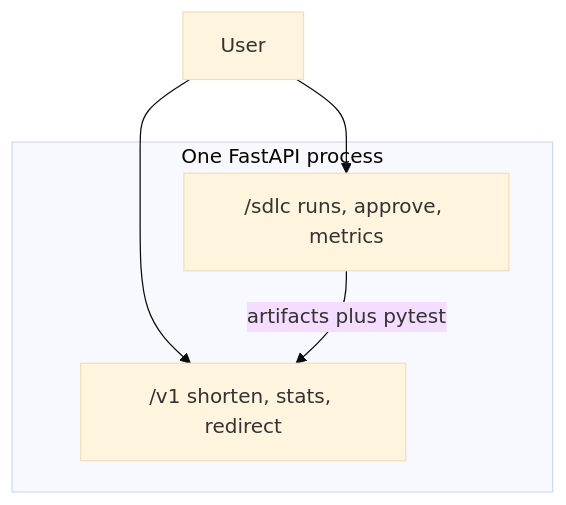
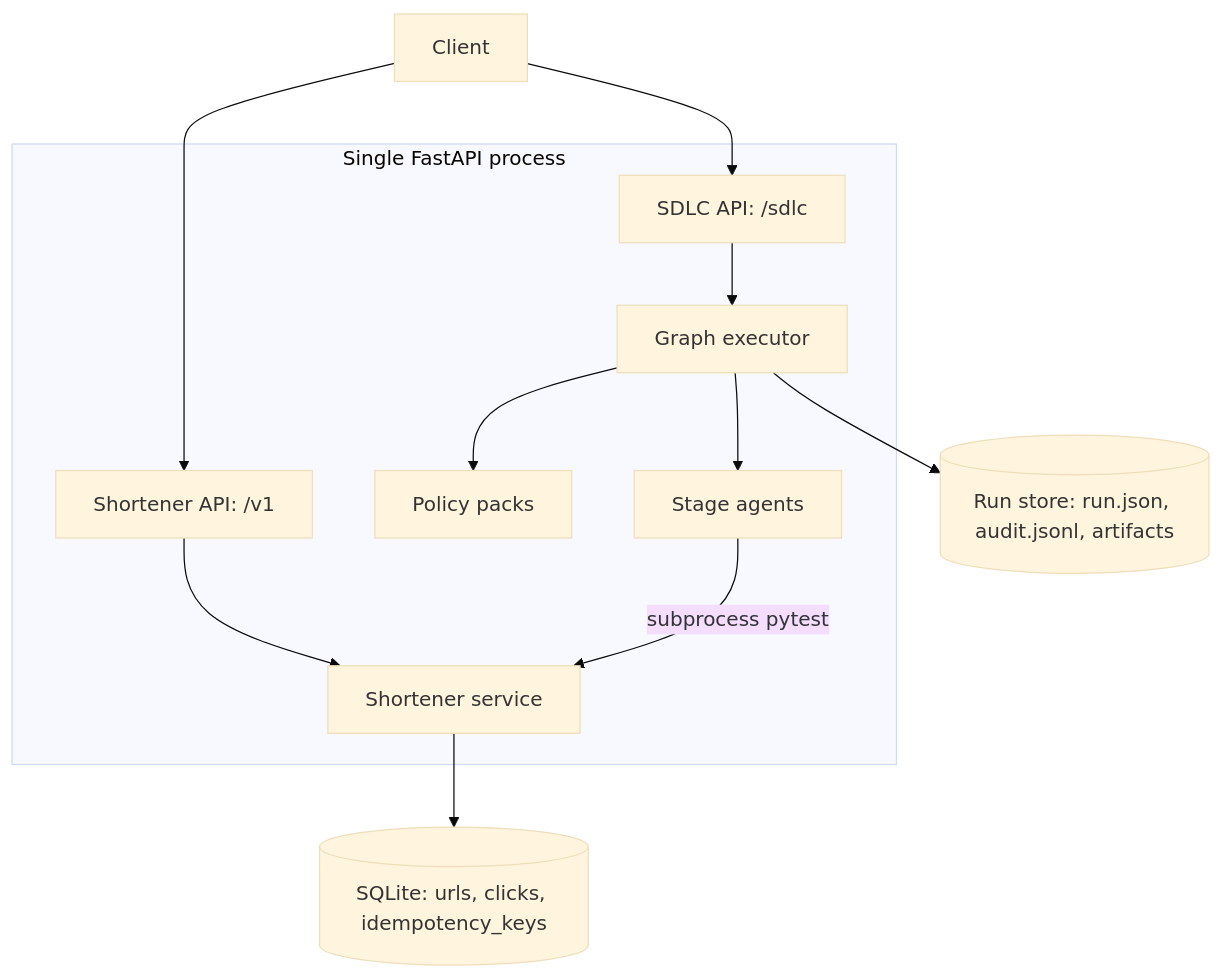
Before and after one commit to schintha1/agentic-url-shortener: the first of 2 diagrams in README.md, drawn with Mermaid (base theme). The commit also changed other lines of this file and 4 other files, not shown here.

````diff
--- a/README.md
+++ b/README.md
@@ -64,10 +63,23 @@
 ```mermaid
 flowchart TB
-  subgraph app [One FastAPI process]
-    SDLC["/sdlc runs, approve, metrics"]
-    URL["/v1 shorten, stats, redirect"]
+  Client
+  subgraph proc [Single FastAPI process]
+    SDLCAPI["SDLC API: /sdlc"]
+    Executor["Graph executor"]
+    Agents["Stage agents"]
+    Policy["Policy packs"]
+    ShortAPI["Shortener API: /v1"]
+    Service["Shortener service"]
   end
-  User --> SDLC
-  User --> URL
-  SDLC -->|"artifacts plus pytest"| URL
+  RunStore[("Run store: run.json, audit.jsonl, artifacts")]
+  DB[("SQLite: urls, clicks, idempotency_keys")]
+  Client --> SDLCAPI
+  Client --> ShortAPI
+  SDLCAPI --> Executor
+  Executor --> Agents
+  Executor --> Policy
+  Executor --> RunStore
+  Agents -->|"subprocess pytest"| Service
+  ShortAPI --> Service
+  Service --> DB
 ```
````
